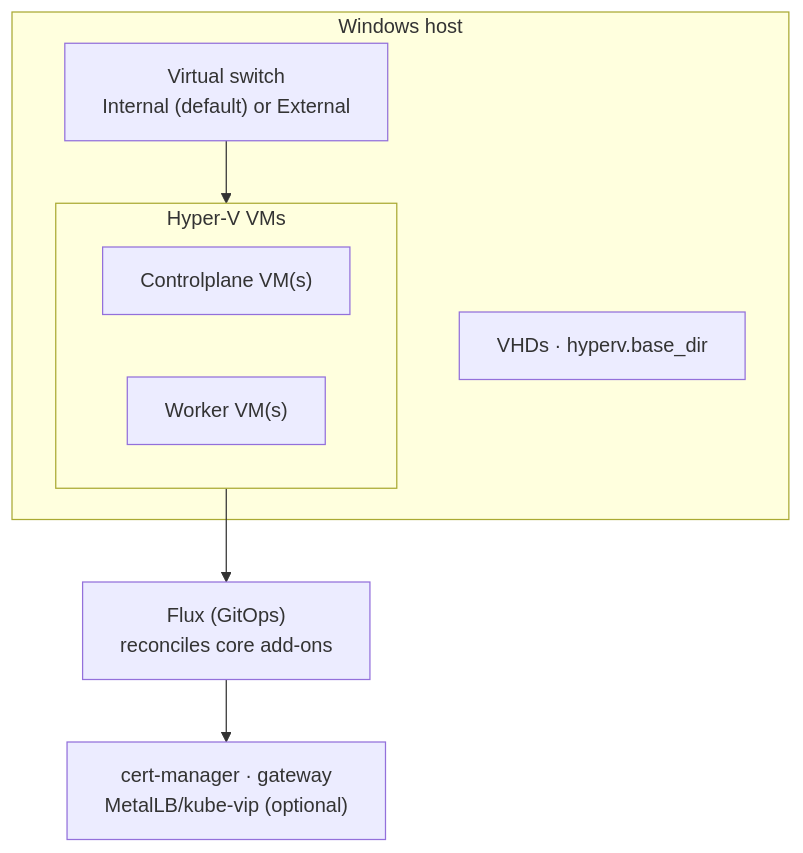
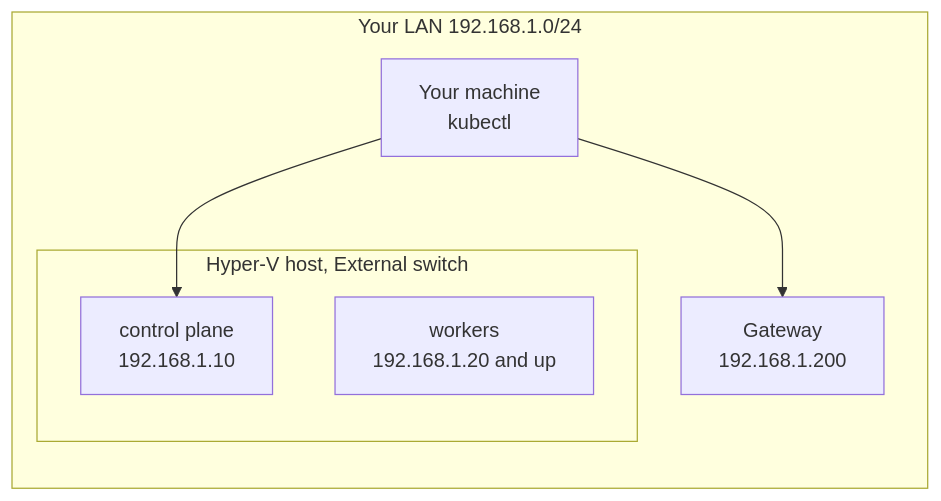
The second of 3 diagrams in content/virtual/hyperv.md (windsorcli/docs), drawn with Mermaid before and after one commit. The commit also changed other lines of this file and 1 other file, not shown here.

First line of the commit message:
docs: rewrite the Virtual section's Hyper-V and vSphere guides (#34)

````diff
--- a/content/virtual/hyperv.md
+++ b/content/virtual/hyperv.md
@@ -20,15 +175,13 @@
 ```mermaid
-flowchart TB
-  subgraph Host["Windows host"]
-    Switch["Virtual switch<br/>Internal (default) or External"]
-    subgraph VMs["Hyper-V VMs"]
-      CP["Controlplane VM(s)"]
-      W["Worker VM(s)"]
+flowchart LR
+  subgraph LAN["Your LAN 192.168.1.0/24"]
+    Laptop["Your machine<br/>kubectl"]
+    subgraph Host["Hyper-V host, External switch"]
+      CP["control plane<br/>192.168.1.10"]
+      W["workers<br/>192.168.1.20 and up"]
     end
-    VHD["VHDs · hyperv.base_dir"]
+    LB["Gateway<br/>192.168.1.200"]
   end
-
-  Switch --> VMs
-  VMs --> Flux["Flux (GitOps)<br/>reconciles core add-ons"]
-  Flux --> Addons["cert-manager · gateway<br/>MetalLB/kube-vip (optional)"]
+  Laptop --> CP
+  Laptop --> LB
 ```
````
